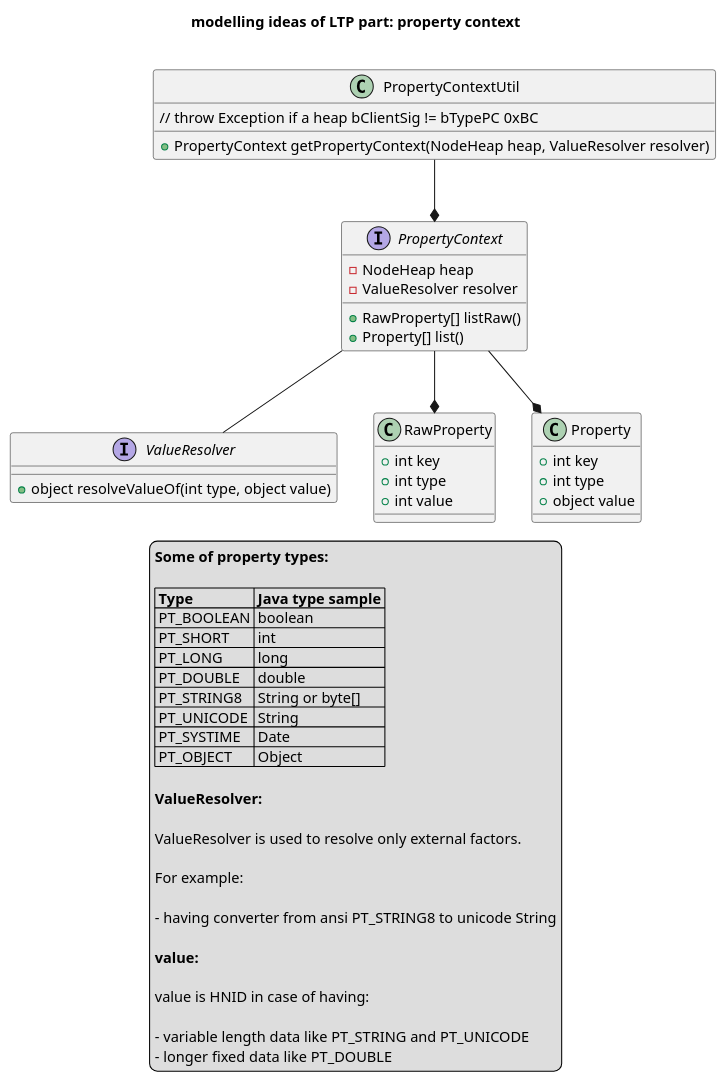
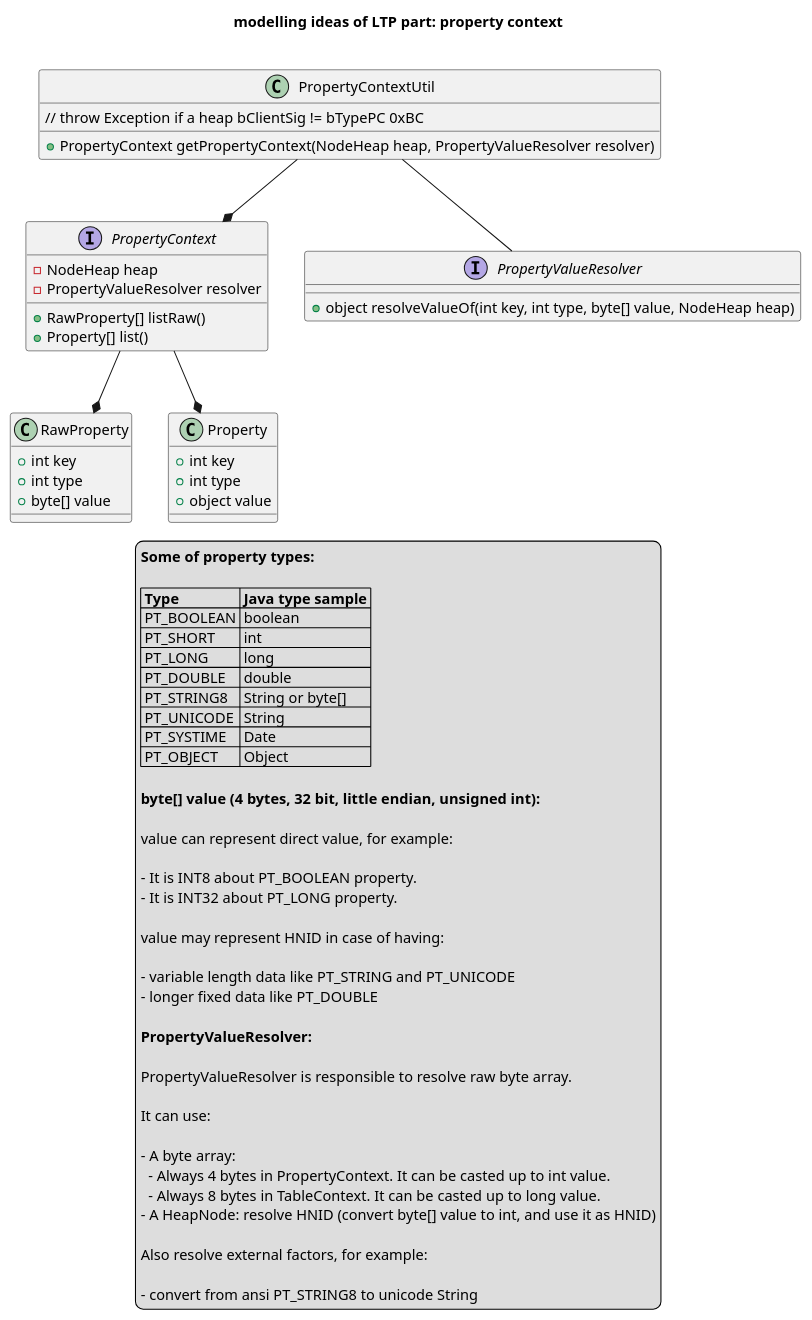
Before and after one commit to Kris-LIBIS/ruby-msg: the fourth of 5 diagrams in plantuml/base.plantuml, drawn with PlantUML. The commit also changed other lines of this file and 3 other files, not shown here.

```diff
--- a/plantuml/base.plantuml
+++ b/plantuml/base.plantuml
@@ -77,67 +77,79 @@
 @startuml ltp_pc
 title modelling ideas of LTP part: property context\n
 class PropertyContextUtil {
     // throw Exception if a heap bClientSig != bTypePC 0xBC
 
-    + PropertyContext getPropertyContext(NodeHeap heap, ValueResolver resolver)
+    + PropertyContext getPropertyContext(NodeHeap heap, PropertyValueResolver resolver)
 }
 
 interface PropertyContext {
     - NodeHeap heap
-    - ValueResolver resolver
+    - PropertyValueResolver resolver
 
     + RawProperty[] listRaw()
     + Property[] list()
 }
 
-interface ValueResolver {
-    + object resolveValueOf(int type, object value)
+interface PropertyValueResolver {
+    + object resolveValueOf(int key, int type, byte[] value, NodeHeap heap)
 }
 
 class RawProperty {
     + int key
     + int type
-    + int value
+    + byte[] value
 }
 
 class Property {
     + int key
     + int type
     + object value
 }
 
 PropertyContextUtil --* PropertyContext
 PropertyContext --* Property
 PropertyContext --* RawProperty
-PropertyContext -- ValueResolver
+PropertyContextUtil -- PropertyValueResolver
 
 legend
     <b>Some of property types:</b>
 
     |= Type |= Java type sample |
     | PT_BOOLEAN | boolean |
     | PT_SHORT | int |
     | PT_LONG | long |
     | PT_DOUBLE | double |
     | PT_STRING8 | String or byte[] |
     | PT_UNICODE | String |
     | PT_SYSTIME | Date |
     | PT_OBJECT | Object |
 
-    <b>ValueResolver:</b>
+    <b>byte[] value (4 bytes, 32 bit, little endian, unsigned int):</b>
 
-    ValueResolver is used to resolve only external factors.
+    value can represent direct value, for example:
     
-    For example:
-    
-    - having converter from ansi PT_STRING8 to unicode String
+    - It is INT8 about PT_BOOLEAN property.
+    - It is INT32 about PT_LONG property.
 
-    <b>value:</b>
-
-    value is HNID in case of having:
+    value may represent HNID in case of having:
     
     - variable length data like PT_STRING and PT_UNICODE
     - longer fixed data like PT_DOUBLE
+
+    <b>PropertyValueResolver:</b>
+
+    PropertyValueResolver is responsible to resolve raw byte array.
+
+    It can use:
+
+    - A byte array:
+      - Always 4 bytes in PropertyContext. It can be casted up to int value.
+      - Always 8 bytes in TableContext. It can be casted up to long value.
+    - A HeapNode: resolve HNID (convert byte[] value to int, and use it as HNID)
+    
+    Also resolve external factors, for example:
+    
+    - convert from ansi PT_STRING8 to unicode String
 end legend
 
 @enduml
```
